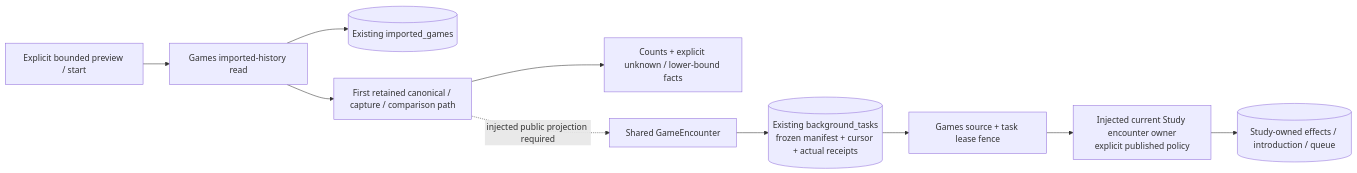
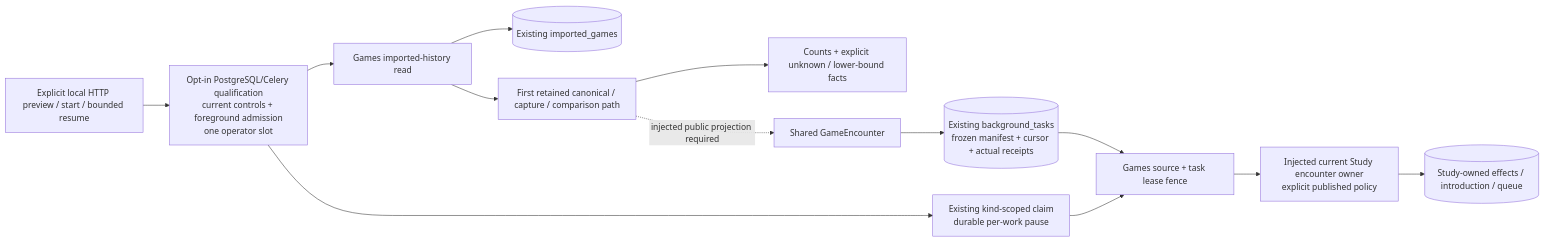
Before and after one commit to aaweaver-actuary/tempo: the diagram in docs/product-v02/game-history/README.md, drawn with Mermaid. The commit also changed other lines of this file, not shown here.

Commit message:
Document bounded operator controls and qualified native receipt

````diff
--- a/docs/product-v02/game-history/README.md
+++ b/docs/product-v02/game-history/README.md
@@ -88,12 +90,15 @@
 ```mermaid
 flowchart LR
-  Operator["Explicit bounded preview / start"] --> Read["Games imported-history read"]
+  Operator["Explicit local HTTP preview / start / bounded resume"] --> Guard["Opt-in PostgreSQL/Celery qualification\ncurrent controls + foreground admission\none operator slot"]
+  Guard --> Read["Games imported-history read"]
   Read --> Existing[("Existing imported_games")]
   Read --> First["First retained canonical / capture / comparison path"]
   First --> Preview["Counts + explicit unknown / lower-bound facts"]
   First -. "injected public projection required" .-> Encounter["Shared GameEncounter"]
   Encounter --> Task[("Existing background_tasks\nfrozen manifest + cursor + actual receipts")]
   Task --> Fence["Games source + task lease fence"]
+  Guard --> Claim["Existing kind-scoped claim\ndurable per-work pause"]
+  Claim --> Fence
   Fence --> Owner["Injected current Study encounter owner\nexplicit published policy"]
   Owner --> Study[("Study-owned effects / introduction / queue")]
 ```
````
